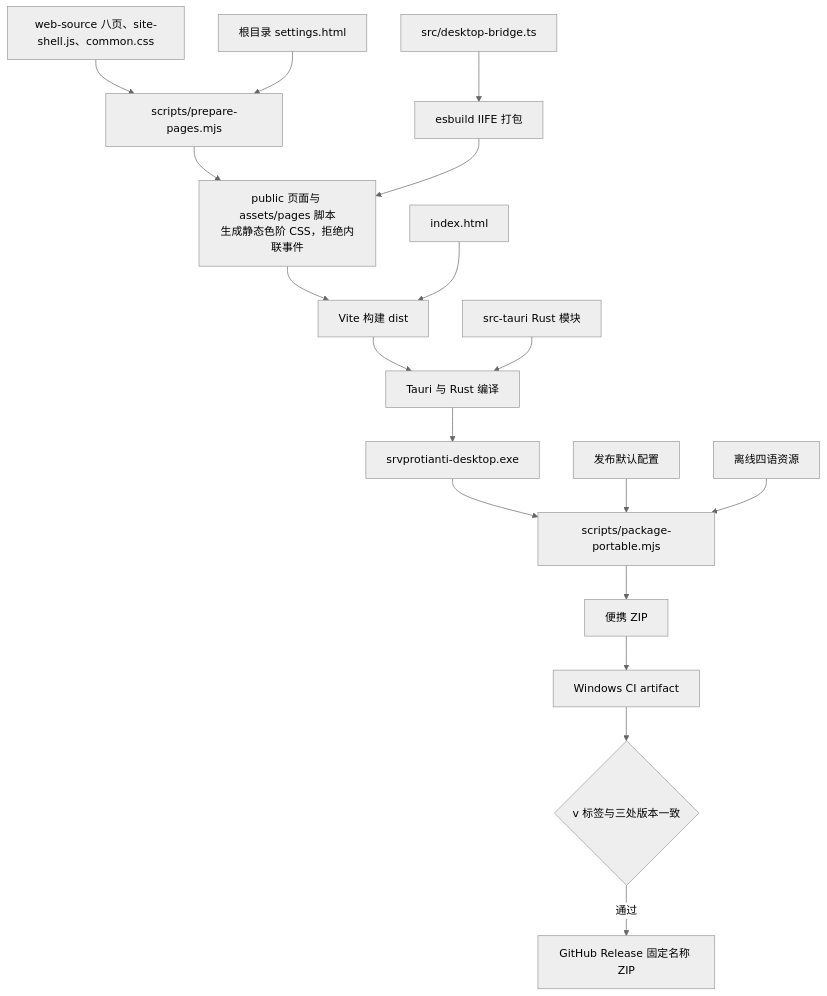
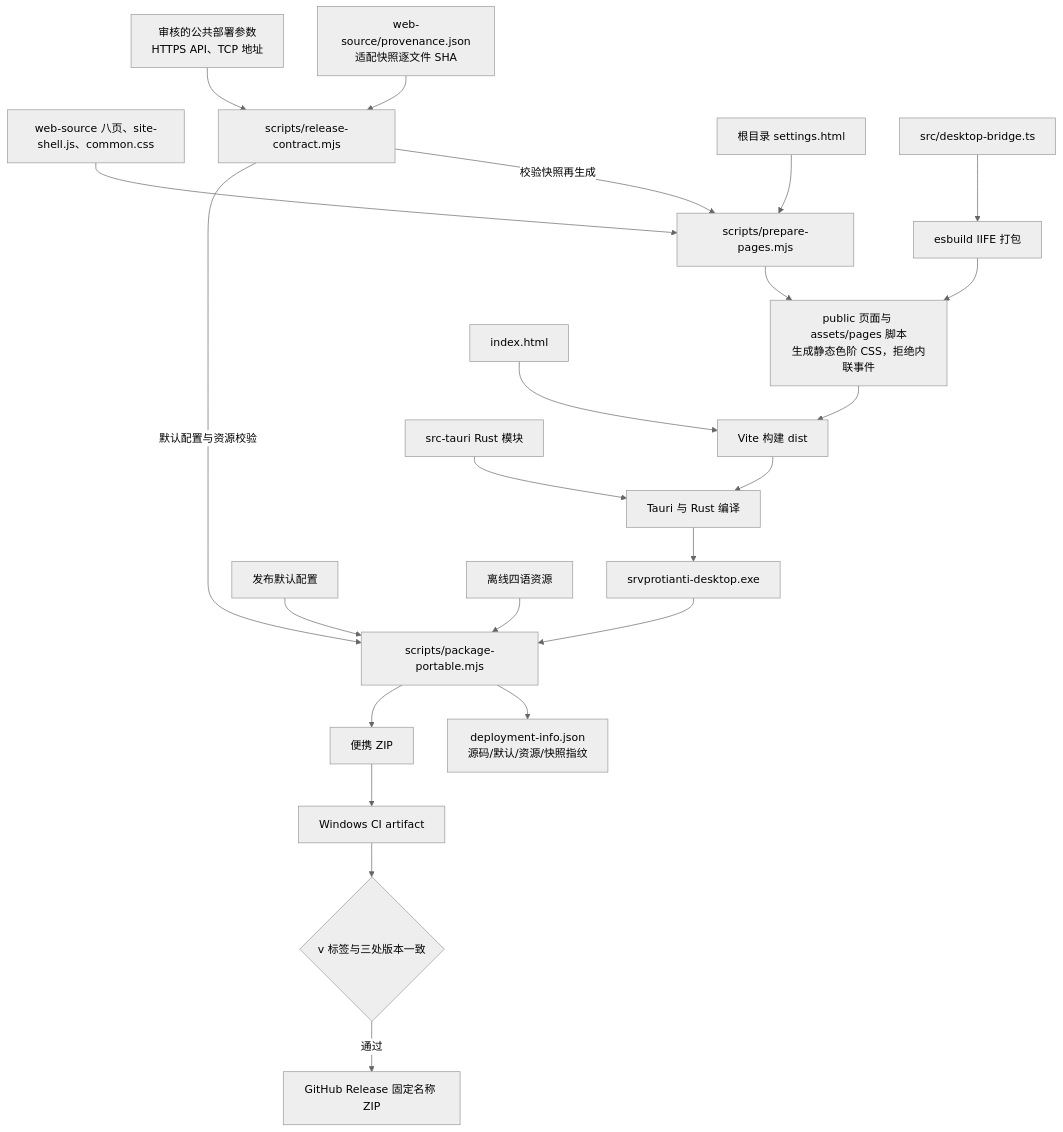
Before and after one commit to 301zrg/srvprotianti-desktop: the eighth of 8 diagrams in docs/ARCHITECTURE.md, drawn with Mermaid (neutral theme). The commit also changed other lines of this file and 7 other files, not shown here.

Commit message:
Package reviewed HTTPS defaults with resource and adapted-page provenance

````diff
--- a/docs/ARCHITECTURE.md
+++ b/docs/ARCHITECTURE.md
@@ -266,20 +266,25 @@
 ```mermaid
 flowchart TB
     WebSource["web-source 八页、site-shell.js、common.css"] --> Prepare[scripts/prepare-pages.mjs]
+    Provenance["web-source/provenance.json<br/>适配快照逐文件 SHA"] --> Contract[scripts/release-contract.mjs]
+    Contract -->|校验快照再生成| Prepare
     Settings[根目录 settings.html] --> Prepare
     Prepare --> Public["public 页面与 assets/pages 脚本<br/>生成静态色阶 CSS，拒绝内联事件"]
     Bridge[src/desktop-bridge.ts] --> Esbuild[esbuild IIFE 打包]
     Esbuild --> Public
     Public --> Vite[Vite 构建 dist]
     RootIndex[index.html] --> Vite
     Vite --> Tauri[Tauri 与 Rust 编译]
     Rust[src-tauri Rust 模块] --> Tauri
     Tauri --> Exe[srvprotianti-desktop.exe]
     Exe --> Portable[scripts/package-portable.mjs]
     Default[发布默认配置] --> Portable
     Resources[离线四语资源] --> Portable
+    Profile["审核的公共部署参数<br/>HTTPS API、TCP 地址"] --> Contract
+    Contract -->|默认配置与资源校验| Portable
+    Portable --> Manifest["deployment-info.json<br/>源码/默认/资源/快照指纹"]
     Portable --> Zip[便携 ZIP]
     Zip --> Artifact[Windows CI artifact]
     Artifact --> Tag{v 标签与三处版本一致}
     Tag -->|通过| Release[GitHub Release 固定名称 ZIP]
 ```
````
